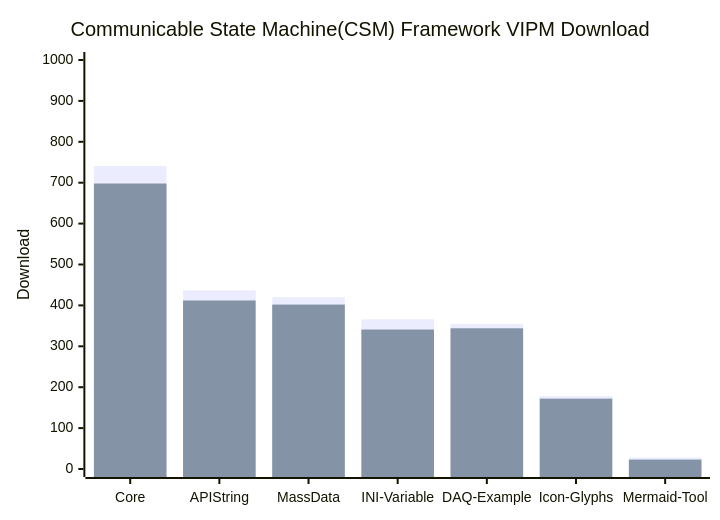
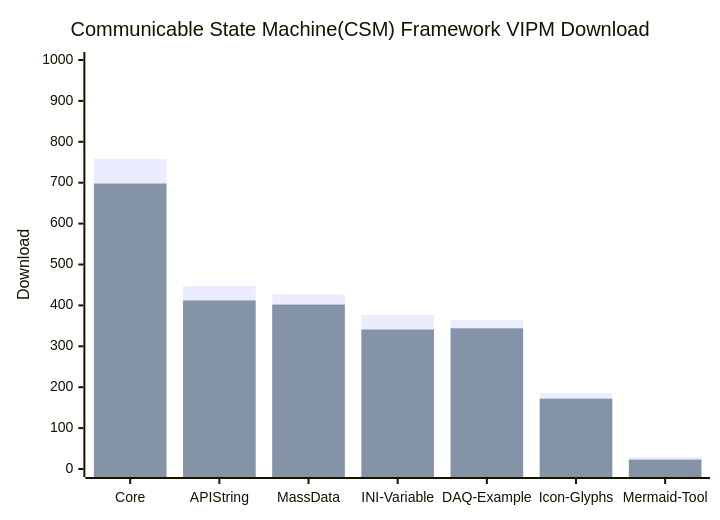
The diagram in profile/README.md (NEVSTOP-LAB/.github), drawn with Mermaid before and after one commit.

````diff
--- a/profile/README.md
+++ b/profile/README.md
@@ -27,8 +27,8 @@
 ```mermaid
     xychart-beta
     title "Communicable State Machine(CSM) Framework VIPM Download"
     x-axis [Core, API String, MassData, INI-Variable, DAQ-Example, Icon-Glyphs, Mermaid-Tool]
     y-axis "Download" 0 --> 1000
-    bar   [741, 437, 420, 366, 355, 178, 28]
+    bar   [758, 448, 427, 377, 364, 185, 29]
     bar   [698, 412, 402, 341, 344, 172, 23]
 ```
````
